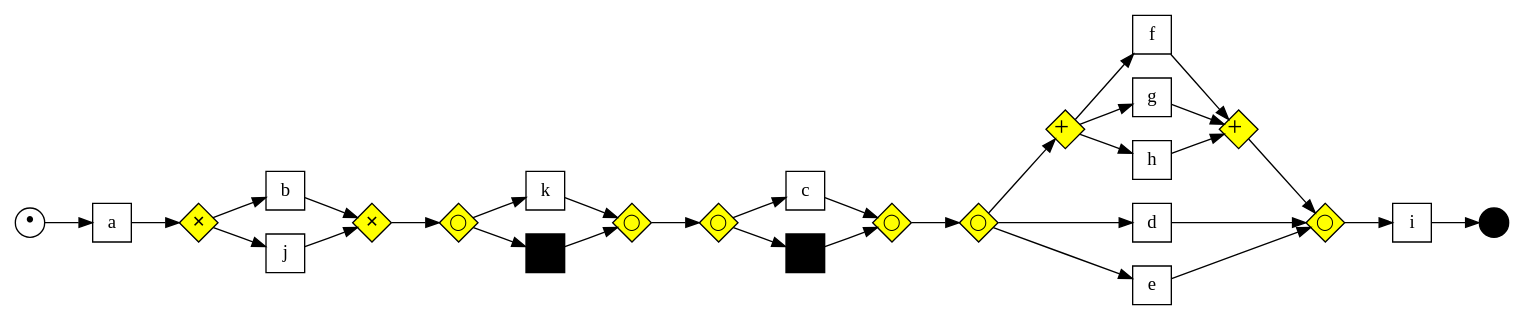
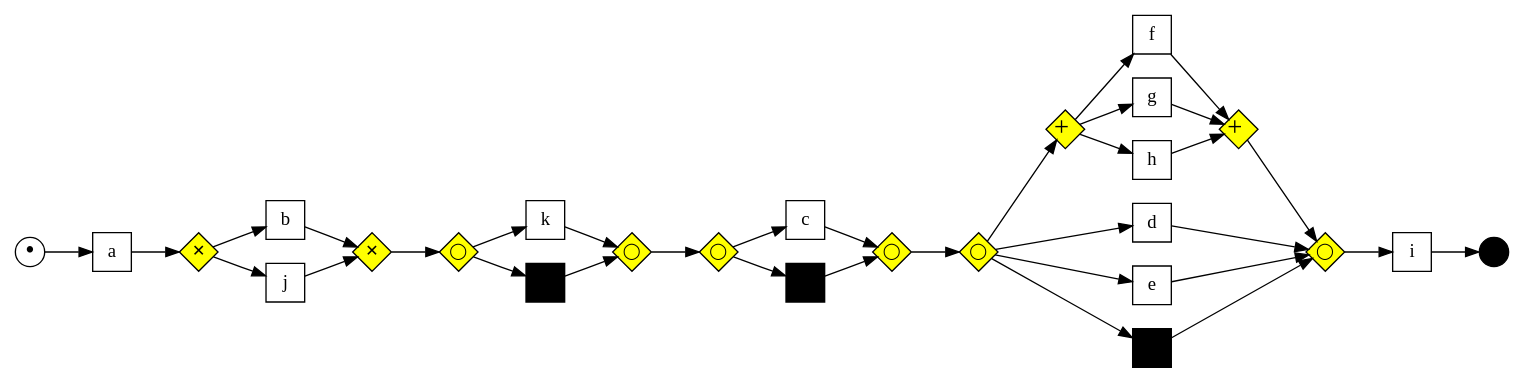
One commit to psm8/automated-business-process-discovery changed the diagram in results/v12a11c3512l9.csv_run-10231_21_3_1_042344_29708_523416/graph.gv. Above: the diagram before and after it, drawn with Graphviz. The commit also changed 2 other files, not shown here.

```diff
--- a/results/v12a11c3512l9.csv_run-10231_21_3_1_042344_29708_523416/graph.gv
+++ b/results/v12a11c3512l9.csv_run-10231_21_3_1_042344_29708_523416/graph.gv
@@ -1,55 +1,56 @@
 digraph G {
   rankdir=LR;
   subgraph place {
     node [shape=circle,fixedsize=true,label="",height=.3,width=.3];
     in [label="&bull;", fontsize=20];
     out [style=filled,fillcolor=black];
   }
   subgraph xorgate {
     node [shape=diamond,fixedsize=true,width=.4,height=.4,label=<&#x2715;>,fontsize=12,style=filled,fillcolor=yellow]
     x1;x2
   }
   subgraph andgate {
   node [shape=diamond,fixedsize=true,width=.4,height=.4 label=<&#43;>,fontsize=20,style=filled,fillcolor=yellow]
     a1;a2
   }
   subgraph optgate {
     node [shape=diamond,fixedsize=true,width=.4,height=.4,label=<&#9711;>,fontsize=12,style=filled,fillcolor=yellow]
     o1;o2;o3;o4;o5;o6
   }
   subgraph transitions {
     node [shape=rect,height=0.4,width=.4];
     a; b; c; d; e; f, g, h; i; j; k;
   }
   subgraph skip {
     node [shape=rect,label="",height=0.4,width=.4,style=filled,fillcolor=black];
-    s1;s2
+    s1;s2;s3
   }
 
   # align horizontally
   {edge [weight=1]; }
 
-  in->a->x1; 
+  in->a->x1;
   x1->b->x2;
   x1->j->x2;
   x2->o1
   o1->k->o2;
   o1->s1->o2;
   o2->o3
   o3->c->o4;
   o3->s2->o4;
   o4->o5;
   o5->e->o6;
   o5->a1
   a2->o6;
   o5->d->o6;
+  o5->s3->o6;
   a1->f->a2;
   a1->g->a2;
   a1->h->a2;
   o6->i->out
   # align vertically
   {rank=same; b;j}
   {rank=same; k;s1}
   {rank=same; c;s2}
-  {rank=same; f;h;g;e;d}  
+  {rank=same; f;h;g;e;d;s3}
 }
```
